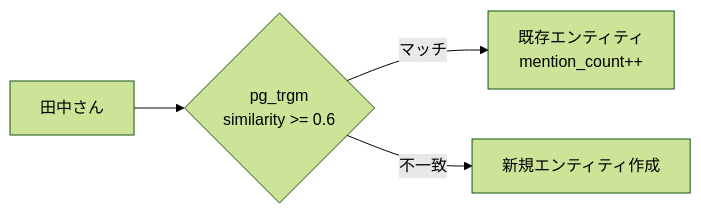
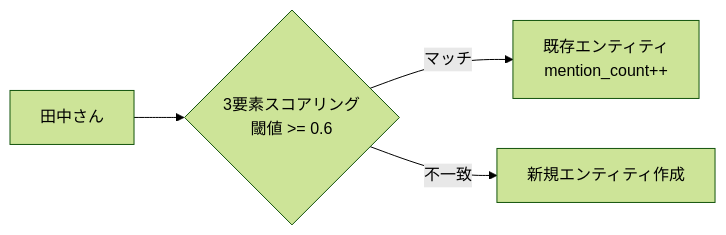
Before and after one commit to sori883/myfriend: the second of 3 diagrams in docs/設計/記憶システム/短期記憶.md, drawn with Mermaid (forest theme). The commit also changed other lines of this file and 23 other files, not shown here.

````diff
--- a/docs/設計/記憶システム/短期記憶.md
+++ b/docs/設計/記憶システム/短期記憶.md
@@ -71,6 +71,6 @@
 ```mermaid
 flowchart LR
-    A["田中さん"] --> B{pg_trgm<br/>similarity >= 0.6}
+    A["田中さん"] --> B{3要素スコアリング<br/>閾値 >= 0.6}
     B -->|マッチ| C[既存エンティティ<br/>mention_count++]
     B -->|不一致| D[新規エンティティ作成]
 ```
````
